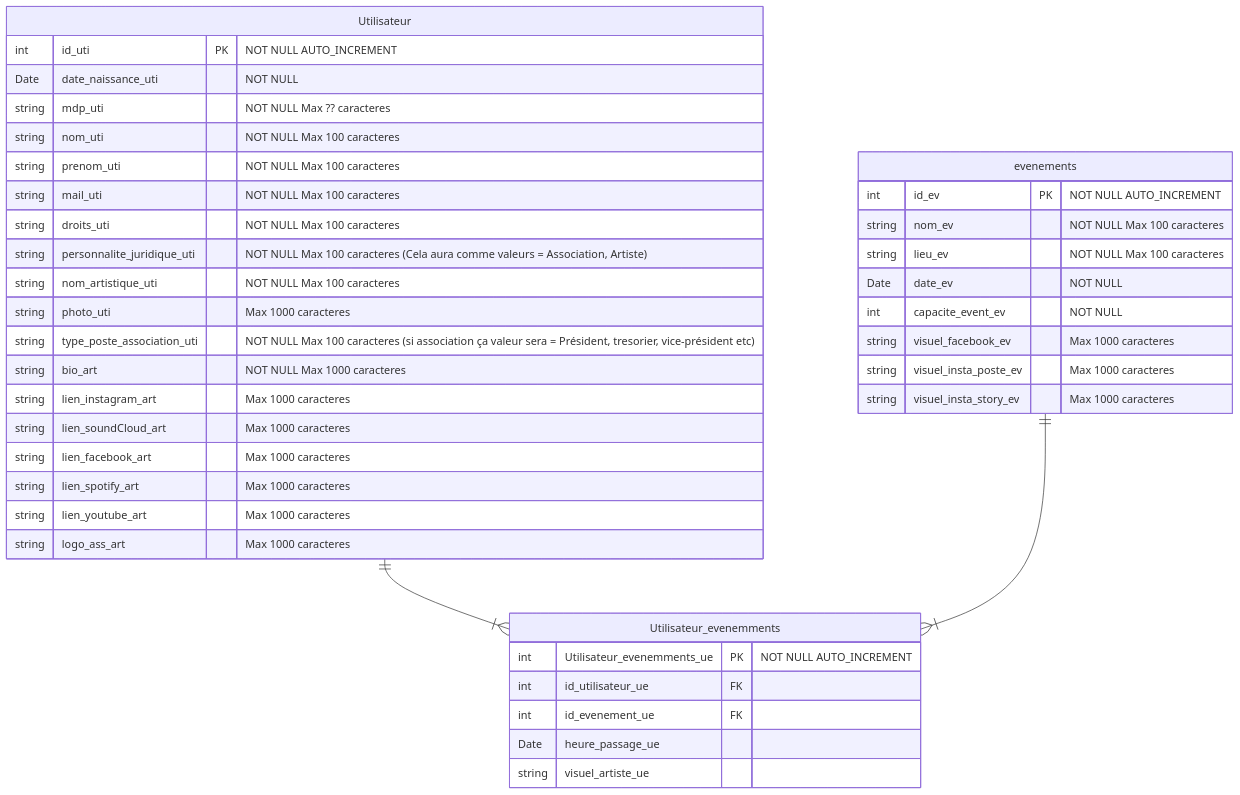
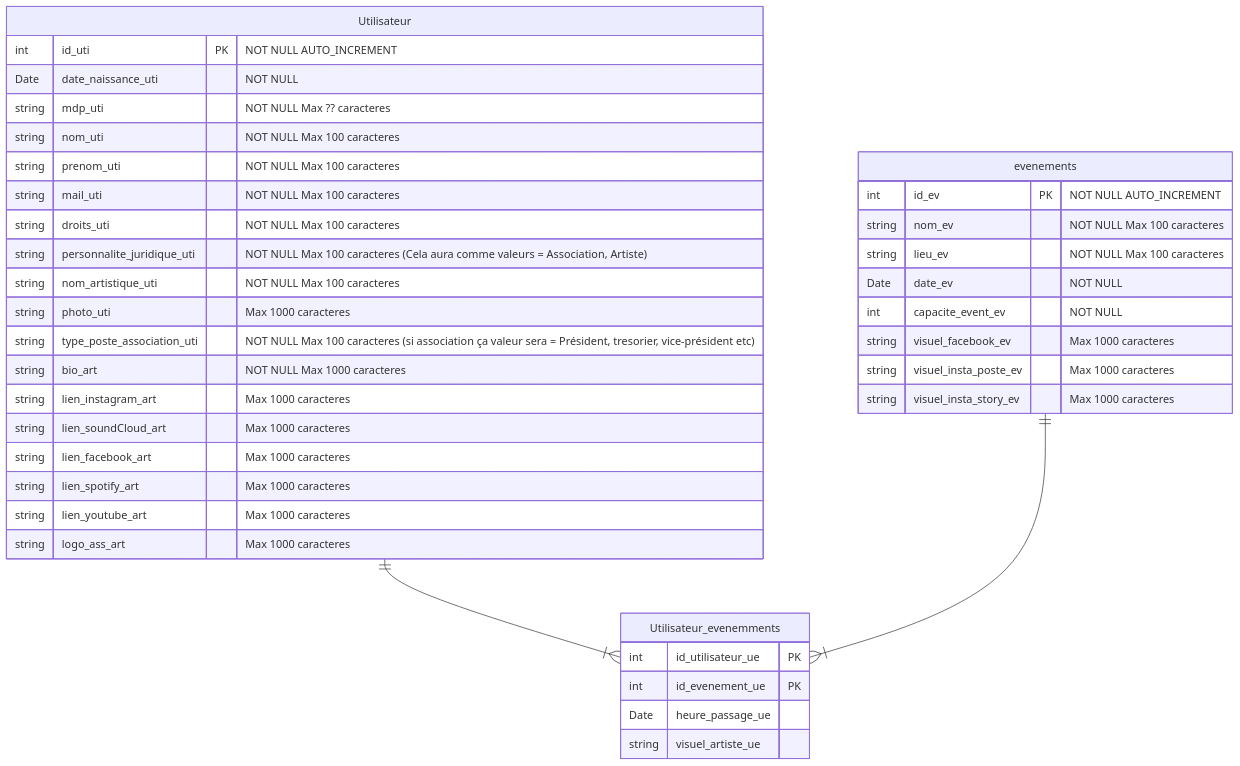
Before and after one commit to jmartinezsusunaga/tulutzBDD: the first of 2 diagrams in test.md, drawn with Mermaid. The commit also changed 1 other file, not shown here.

Commit message:
Add données dans la bDD

````diff
--- a/test.md
+++ b/test.md
@@ -4,50 +4,49 @@
 ```mermaid
 erDiagram
     
     Utilisateur ||--|{ Utilisateur_evenemments : ""
     evenements ||--|{ Utilisateur_evenemments : ""
 
  
     Utilisateur {
         int id_uti PK "NOT NULL AUTO_INCREMENT"
         Date date_naissance_uti "NOT NULL"
         string mdp_uti "NOT NULL Max ?? caracteres"
         string nom_uti "NOT NULL Max 100 caracteres"
         string prenom_uti "NOT NULL Max 100 caracteres"
         string mail_uti "NOT NULL Max 100 caracteres"
         string droits_uti "NOT NULL Max 100 caracteres"
         string personnalite_juridique_uti "NOT NULL Max 100 caracteres (Cela aura comme valeurs = Association, Artiste)"
         string nom_artistique_uti "NOT NULL Max 100 caracteres"
         string photo_uti "Max 1000 caracteres"
         string type_poste_association_uti "NOT NULL Max 100 caracteres (si association ça valeur sera = Président, tresorier, vice-président etc)"
         string bio_art "NOT NULL Max 1000 caracteres"
         string lien_instagram_art "Max 1000 caracteres"
         string lien_soundCloud_art "Max 1000 caracteres" 
         string lien_facebook_art "Max 1000 caracteres"
         string lien_spotify_art "Max 1000 caracteres"
         string lien_youtube_art "Max 1000 caracteres"
         string logo_ass_art "Max 1000 caracteres"
     }
 
     Utilisateur_evenemments {
-        int Utilisateur_evenemments_ue PK "NOT NULL AUTO_INCREMENT"
-        int id_utilisateur_ue FK
-        int id_evenement_ue FK
+        int id_utilisateur_ue PK
+        int id_evenement_ue PK
         Date heure_passage_ue
         string visuel_artiste_ue
     }
 
   
     evenements {
         int id_ev PK "NOT NULL AUTO_INCREMENT"
         string nom_ev "NOT NULL Max 100 caracteres"
         string lieu_ev "NOT NULL Max 100 caracteres"
         Date date_ev "NOT NULL"
         int capacite_event_ev "NOT NULL"
         string visuel_facebook_ev " Max 1000 caracteres"
         string visuel_insta_poste_ev "Max 1000 caracteres"
         string visuel_insta_story_ev "Max 1000 caracteres"
     }
 
 
 ```
````
